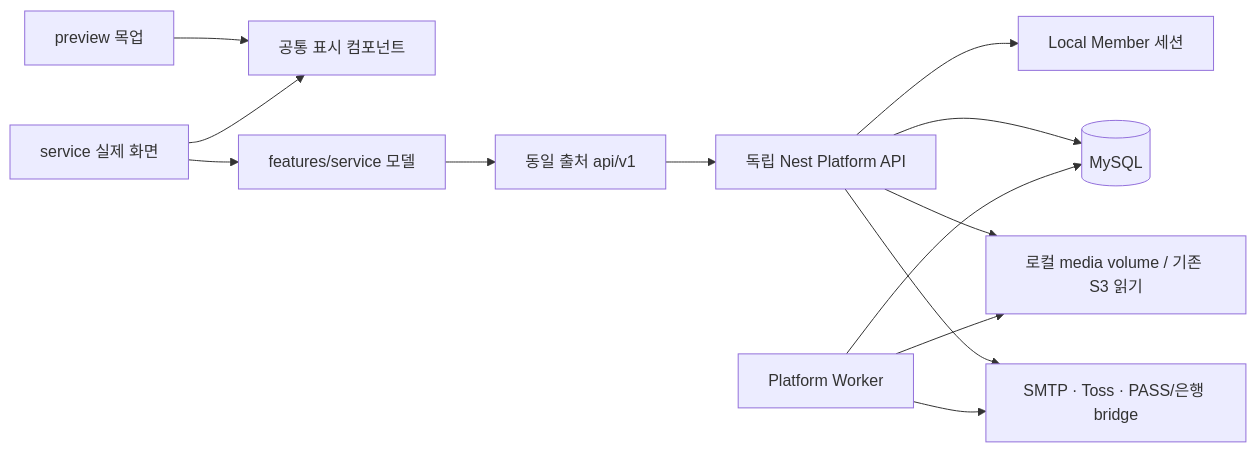
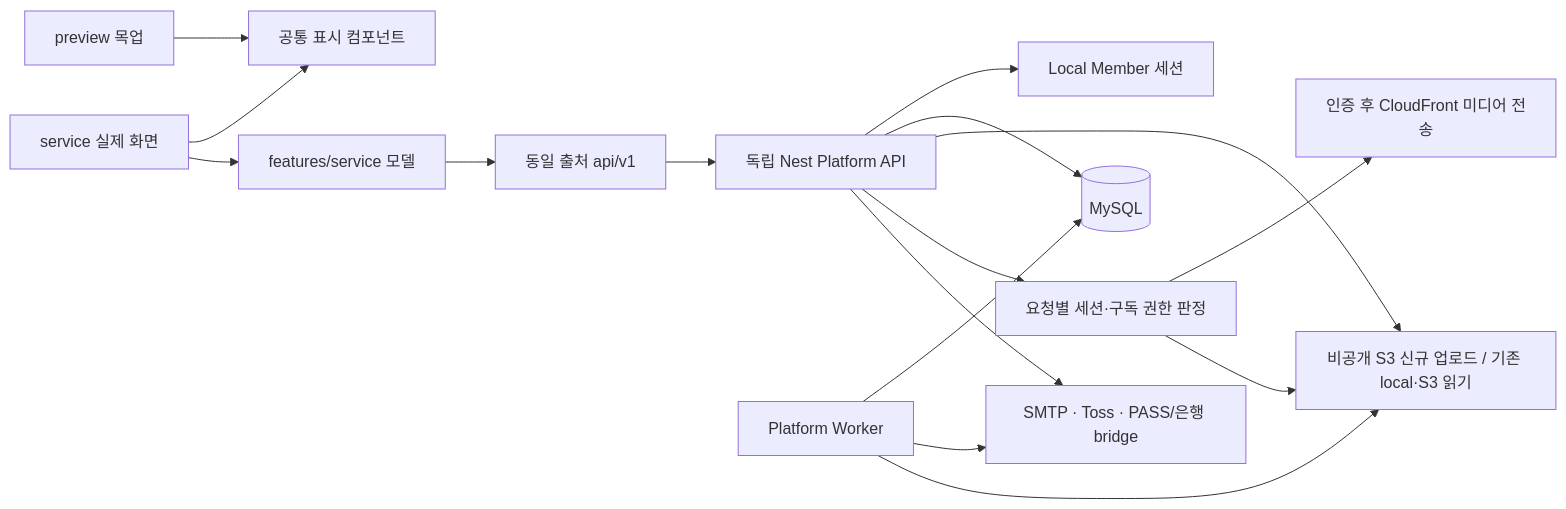
The diagram in docs/platform-implementation.md (kayheypark/crefans_server), drawn with Mermaid before and after one commit. The commit also changed other lines of this file and 149 other files, not shown here.

````diff
--- a/docs/platform-implementation.md
+++ b/docs/platform-implementation.md
@@ -28,15 +33,18 @@
 ```mermaid
 flowchart LR
  preview[preview 목업] --> views[공통 표시 컴포넌트]
  service[service 실제 화면] --> views
  service --> models[features/service 모델]
  models --> proxy[동일 출처 api/v1]
  proxy --> api[독립 Nest Platform API]
  api --> auth[Local Member 세션]
  api --> db[(MySQL)]
- api --> media[로컬 media volume / 기존 S3 읽기]
+ api --> media[비공개 S3 신규 업로드 / 기존 local·S3 읽기]
+ api --> delivery[요청별 세션·구독 권한 판정]
+ delivery --> cdn[인증 후 CloudFront 미디어 전송]
+ delivery --> media
  api --> providers[SMTP · Toss · PASS/은행 bridge]
  worker[Platform Worker] --> db
  worker --> providers
  worker --> media
 ```
````
